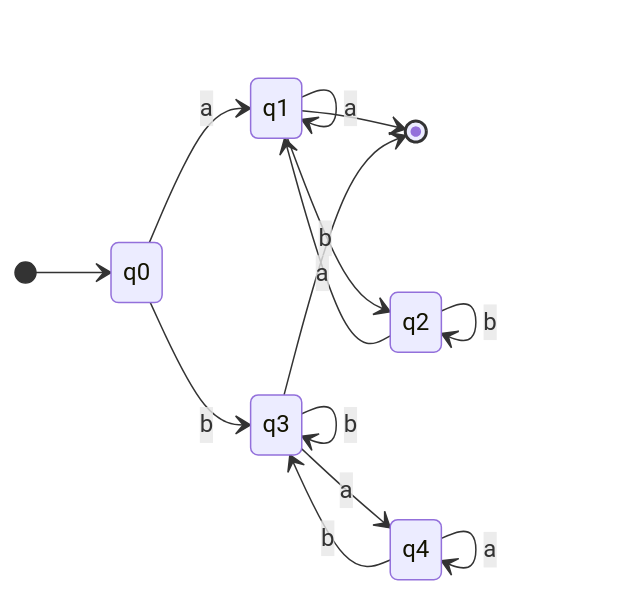
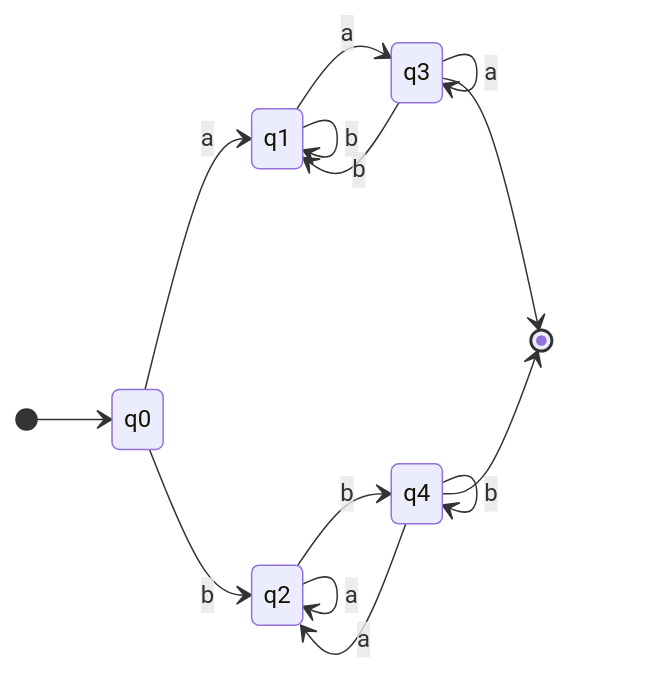
The third of 5 diagrams in practica1/Practica1_AFD.md (Knin90/teoria_de_automata), drawn with Mermaid before and after one commit. The commit also changed other lines of this file and 2 other files, not shown here.

````diff
--- a/practica1/Practica1_AFD.md
+++ b/practica1/Practica1_AFD.md
@@ -131,17 +142,17 @@
 ```mermaid
 stateDiagram-v2
     direction LR
     [*] --> q0
     q0 --> q1 : a
-    q0 --> q3 : b
-    q1 --> q1 : a
-    q1 --> q2 : b
-    q2 --> q1 : a
-    q2 --> q2 : b
-    q3 --> q3 : b
-    q3 --> q4 : a
-    q4 --> q4 : a
-    q4 --> q3 : b
-    q1 --> [*]
+    q0 --> q2 : b
+    q1 --> q3 : a
+    q1 --> q1 : b
+    q2 --> q2 : a
+    q2 --> q4 : b
+    q3 --> q3 : a
+    q3 --> q1 : b
+    q4 --> q2 : a
+    q4 --> q4 : b
     q3 --> [*]
+    q4 --> [*]
 ```
````
